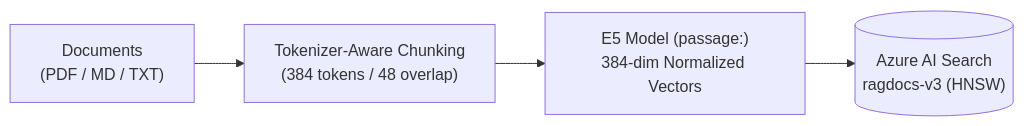
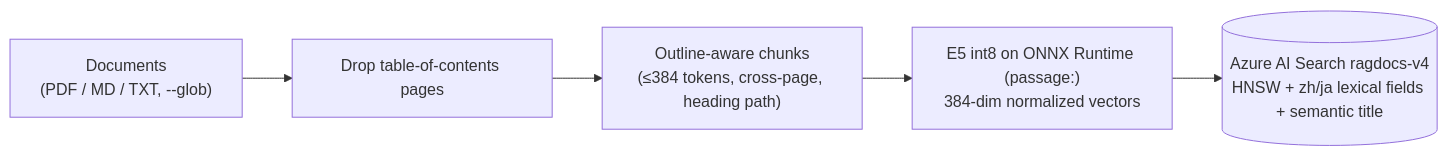
One commit to workHMZ/aca-ghcr-cicd-lab changed the first of 9 diagrams in README.md. Above: the diagram before and after it, drawn with Mermaid. The commit also changed other lines of this file and 40 other files, not shown here.

First line of the commit message:
feat: release 3.1 — ONNX embeddings, structure-aware retrieval, free-tier sizing (#12)

````diff
--- a/README.md
+++ b/README.md
@@ -68,6 +130,7 @@
 ```mermaid
 flowchart LR
-    Docs["Documents<br/>(PDF / MD / TXT)"] --> Chunk["Tokenizer-Aware Chunking<br/>(384 tokens / 48 overlap)"]
-    Chunk --> Embed["E5 Model (passage:)<br/>384-dim Normalized Vectors"]
-    Embed --> Index[("Azure AI Search<br/>ragdocs-v3 (HNSW)")]
+    Docs["Documents<br/>(PDF / MD / TXT, --glob)"] --> TOC["Drop table-of-contents pages"]
+    TOC --> Chunk["Outline-aware chunks<br/>(≤384 tokens, cross-page, heading path)"]
+    Chunk --> Embed["E5 int8 on ONNX Runtime (passage:)<br/>384-dim normalized vectors"]
+    Embed --> Index[("Azure AI Search ragdocs-v4<br/>HNSW + zh/ja lexical fields + semantic title")]
 ```
````
